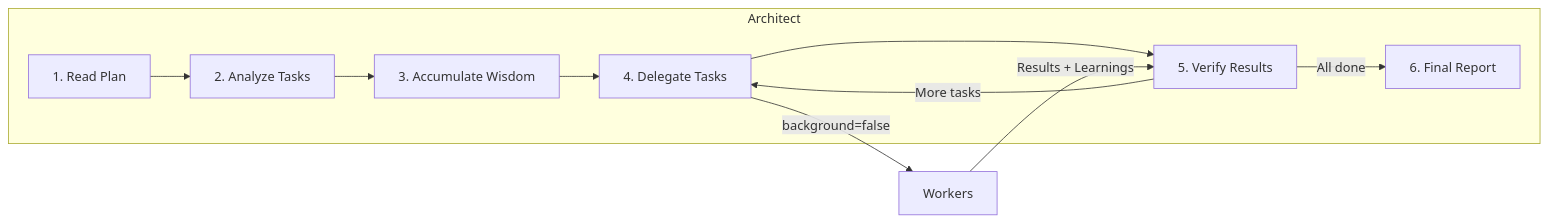
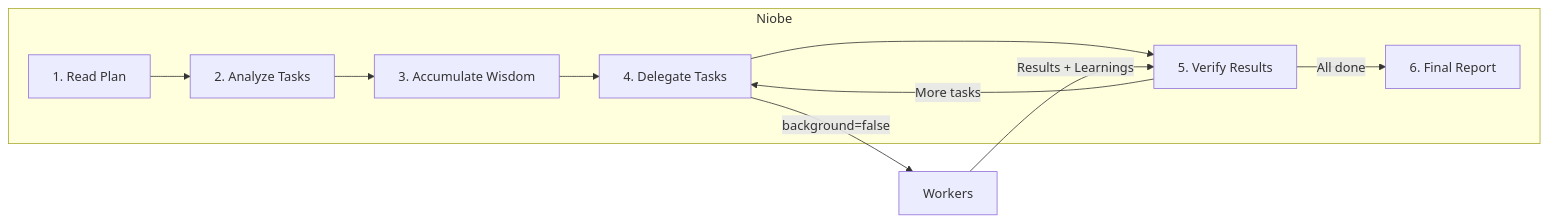
The third of 4 diagrams in docs/orchestration.md (klpanagi/opencode-matrixx-2), drawn with Mermaid before and after one commit. The commit also changed other lines of this file and 121 other files, not shown here.

First line of the commit message:
refactor(agents): rename Architect session orchestrator to Niobe

````diff
--- a/docs/orchestration.md
+++ b/docs/orchestration.md
@@ -480,21 +480,21 @@
 ```mermaid
 flowchart LR
-    subgraph Orchestrator["Architect"]
+    subgraph Orchestrator["Niobe"]
         Read["1. Read Plan"]
         Analyze["2. Analyze Tasks"]
         Wisdom["3. Accumulate Wisdom"]
         Delegate["4. Delegate Tasks"]
         Verify["5. Verify Results"]
         Report["6. Final Report"]
     end
 
     Read --> Analyze
     Analyze --> Wisdom
     Wisdom --> Delegate
     Delegate --> Verify
     Verify -->|"More tasks"| Delegate
     Verify -->|"All done"| Report
 
     Delegate -->|"background=false"| Workers["Workers"]
     Workers -->|"Results + Learnings"| Verify
 ```
````
